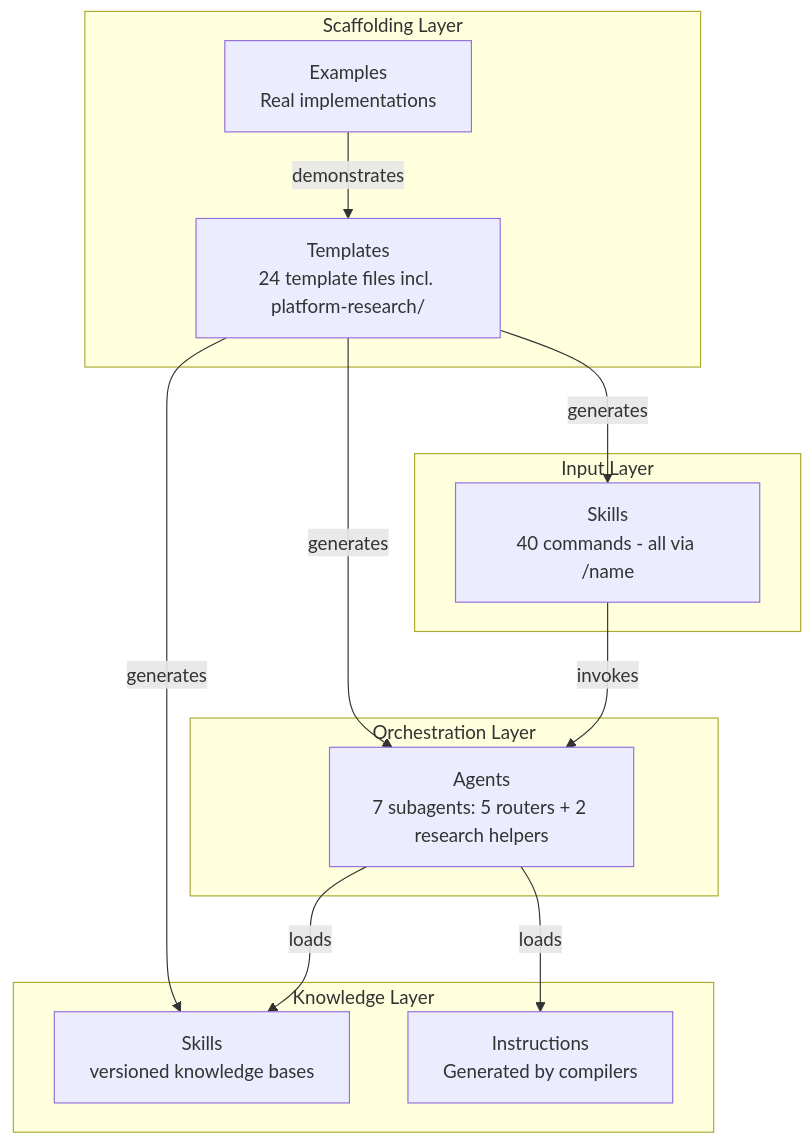
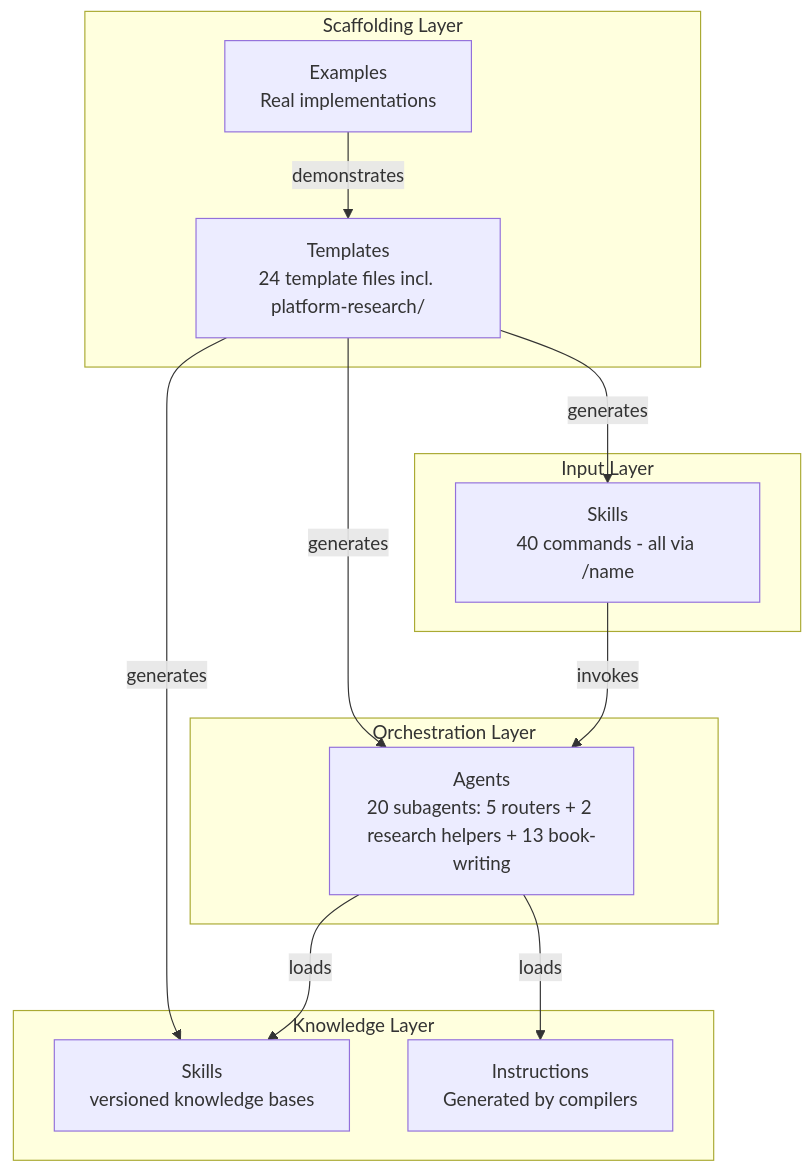
Before and after one commit to rodrigo-mendes/agents-factory: the second of 5 diagrams in docs/visao-geral.md, drawn with Mermaid. The commit also changed other lines of this file and 16 other files, not shown here.

````diff
--- a/docs/visao-geral.md
+++ b/docs/visao-geral.md
@@ -24,28 +24,28 @@
 ```mermaid
 graph TD
     subgraph "Input Layer"
         P[Skills<br/>40 commands - all via /name]
     end
 
     subgraph "Orchestration Layer"
-        AG[Agents<br/>7 subagents: 5 routers + 2 research helpers]
+        AG[Agents<br/>20 subagents: 5 routers + 2 research helpers + 13 book-writing]
     end
 
     subgraph "Knowledge Layer"
         S[Skills<br/>versioned knowledge bases]
         I[Instructions<br/>Generated by compilers]
     end
 
     subgraph "Scaffolding Layer"
         T[Templates<br/>24 template files incl. platform-research/]
         E[Examples<br/>Real implementations]
     end
 
     P -->|invokes| AG
     AG -->|loads| S
     AG -->|loads| I
     T -->|generates| P
     T -->|generates| AG
     T -->|generates| S
     E -->|demonstrates| T
 ```
````
